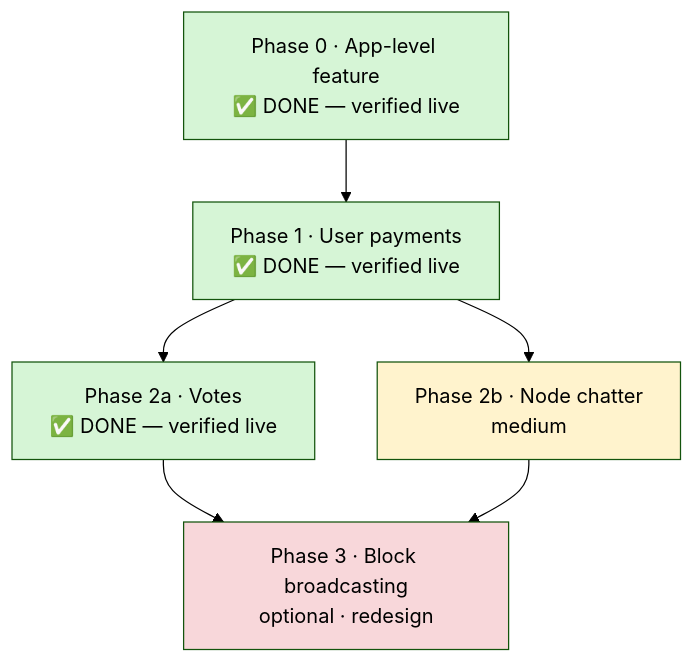
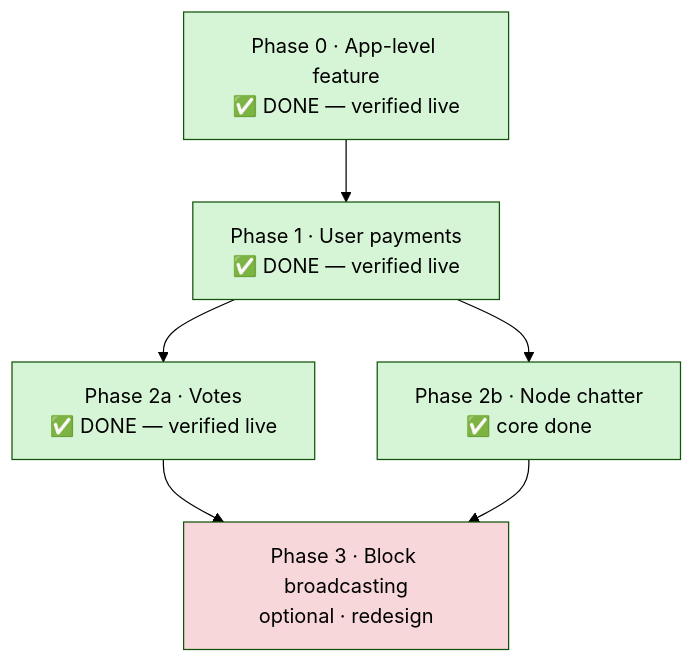
The fifth of 5 diagrams in docs/ml-dsa-migration.md (Fortiquo-Blockchain/solana-ml-dsa-44), drawn with Mermaid (forest theme) before and after one commit. The commit also changed other lines of this file and 1 other file, not shown here.

First line of the commit message:
docs(ml-dsa): record Phase 2b gossip CRDS signing

````diff
--- a/docs/ml-dsa-migration.md
+++ b/docs/ml-dsa-migration.md
@@ -187,17 +188,17 @@
 ```mermaid
 flowchart TB
     P0["Phase 0 · App-level feature<br/>✅ DONE — verified live"]
     P1["Phase 1 · User payments<br/>✅ DONE — verified live"]
     P2a["Phase 2a · Votes<br/>✅ DONE — verified live"]
-    P2b["Phase 2b · Node chatter<br/>medium"]
+    P2b["Phase 2b · Node chatter<br/>✅ core done"]
     P3["Phase 3 · Block broadcasting<br/>optional · redesign"]
     P0 --> P1 --> P2a
     P1 --> P2b
     P2a --> P3
     P2b --> P3
     style P0 fill:#d6f5d6
     style P1 fill:#d6f5d6
     style P2a fill:#d6f5d6
-    style P2b fill:#fff3cd
+    style P2b fill:#d6f5d6
     style P3 fill:#f8d7da
 ```
````
